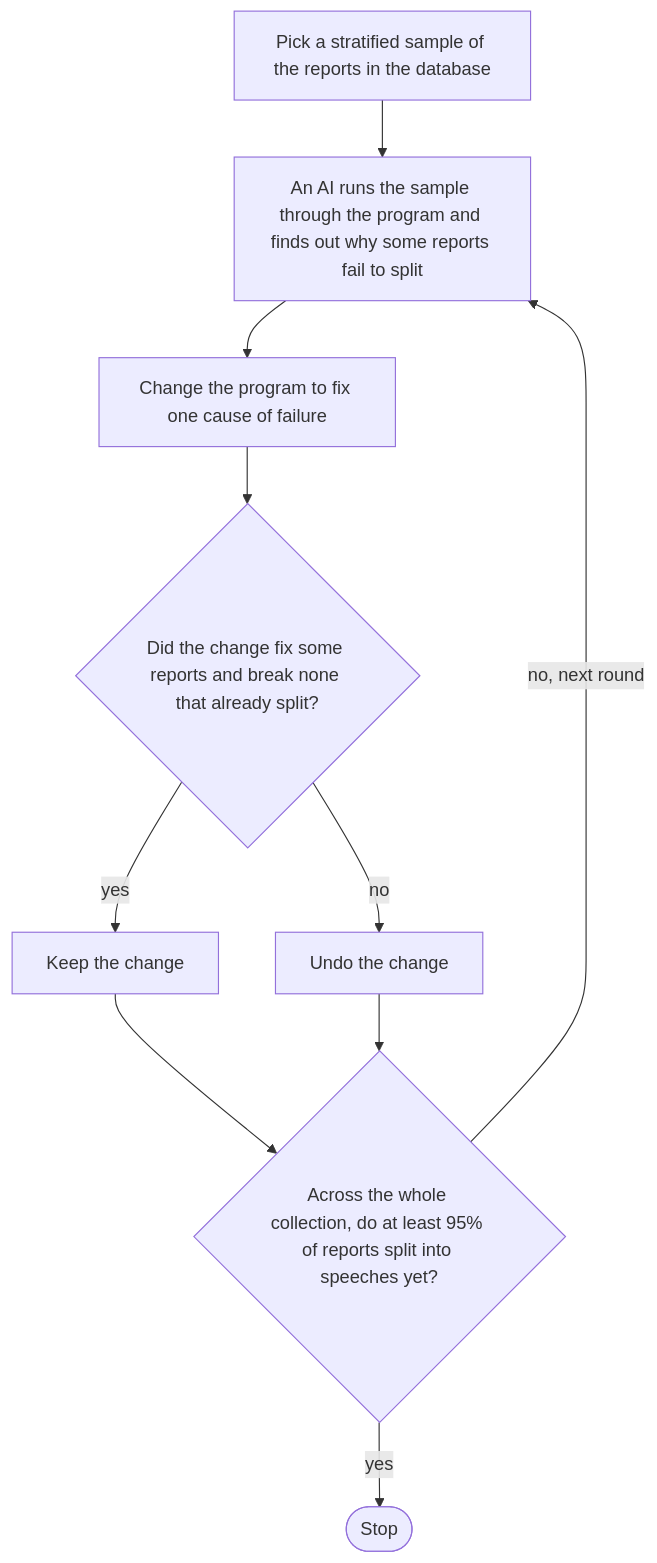
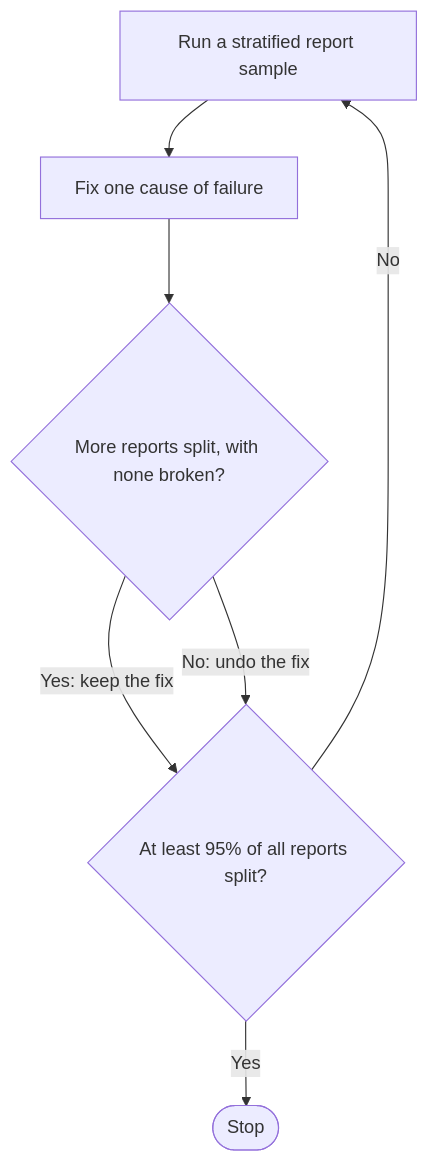
The second of 3 diagrams in README.md (roycehoe/hansard-scraper), drawn with Mermaid before and after one commit. The commit also changed other lines of this file and 1 other file, not shown here.

Commit message:
docs: simplify the diagrams and rewrite the README

````diff
--- a/README.md
+++ b/README.md
@@ -63,16 +61,9 @@
 ```mermaid
 flowchart TD
-  pick["Pick a stratified sample of the reports in the database"]
-  run["An AI runs the sample through the program and finds out why some reports fail to split"]
-  fix["Change the program to fix one cause of failure"]
-  better{"Did the change fix some reports and break none that already split?"}
-  keep["Keep the change"]
-  undo["Undo the change"]
-  target{"Across the whole collection, do at least 95% of reports split into speeches yet?"}
-  done(["Stop"])
-  pick --> run --> fix --> better
-  better -->|"yes"| keep --> target
-  better -->|"no"| undo --> target
-  target -->|"yes"| done
-  target -->|"no, next round"| run
+  sample["Run a stratified report sample"] --> fix["Fix one cause of failure"]
+  fix --> test{"More reports split, with none broken?"}
+  test -->|"Yes: keep the fix"| target{"At least 95% of all reports split?"}
+  test -->|"No: undo the fix"| target
+  target -->|"No"| sample
+  target -->|"Yes"| done(["Stop"])
 ```
````
